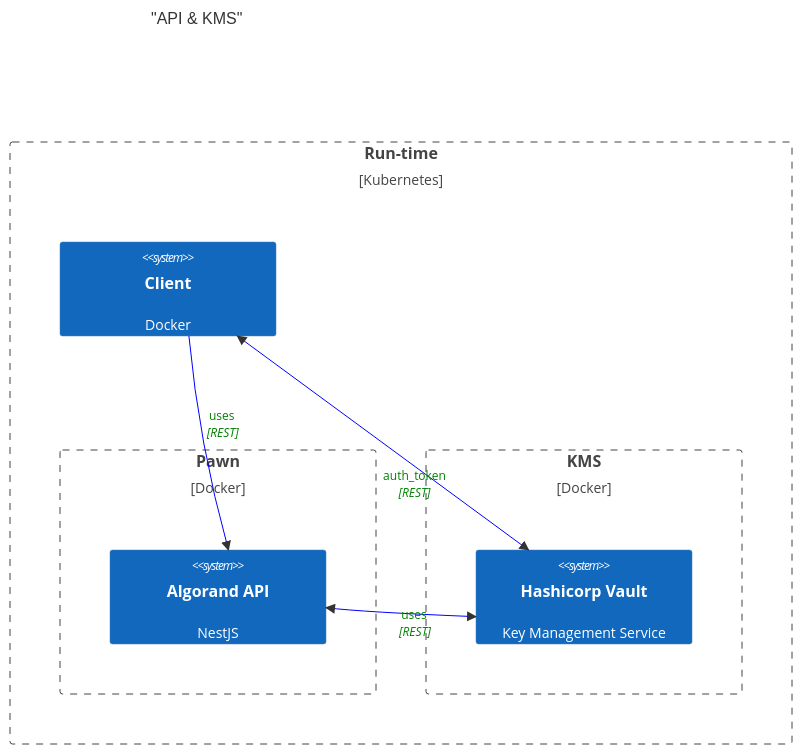
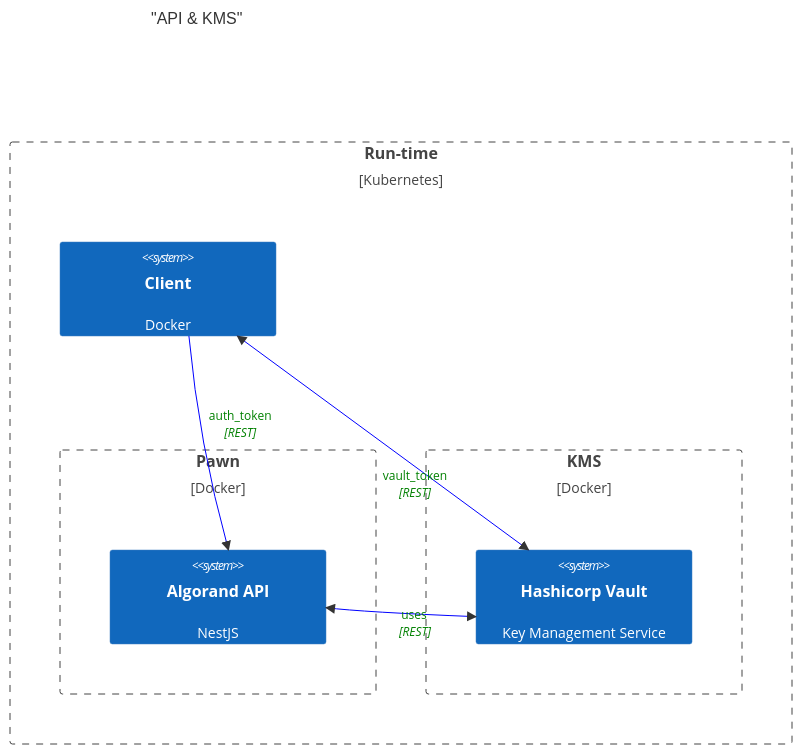
One commit to algorandfoundation/intermezzo changed the diagram in README.md. Above: the diagram before and after it, drawn with Mermaid.

Commit message:
doc: right nomenclature for auth and vault tokens in diagram

````diff
--- a/README.md
+++ b/README.md
@@ -14,25 +14,25 @@
 ```mermaid
     C4Context
         title "API & KMS"
         Boundary(b0, "Run-time", "Kubernetes") {
             System(clientPod, "Client", "Docker")
 
             Boundary(b1, "Pawn", "Docker") {
                 System(app, "Algorand API", "NestJS")
             }
 
             Boundary(b2, "KMS", "Docker") {
                 System(kms, "Hashicorp Vault", "Key Management Service")
             }
 
-            BiRel(clientPod, kms, "auth_token", "REST")
+            BiRel(clientPod, kms, "vault_token", "REST")
             BiRel(app, kms, "uses", "REST")
-            Rel(clientPod, app, "uses", "REST")
+            Rel(clientPod, app, "auth_token", "REST")
         }
 
         UpdateRelStyle(app, kms, $textColor="green", $lineColor="blue", $offsetX="0")
         UpdateRelStyle(clientPod, app, $textColor="green", $lineColor="blue", $offsetY="-30")
         UpdateRelStyle(clientPod, kms, $textColor="green", $lineColor="blue", $offsetY="30")
         UpdateLayoutConfig($c4ShapeInRow="1", $c4BoundaryInRow="0")
 
 ```
````
